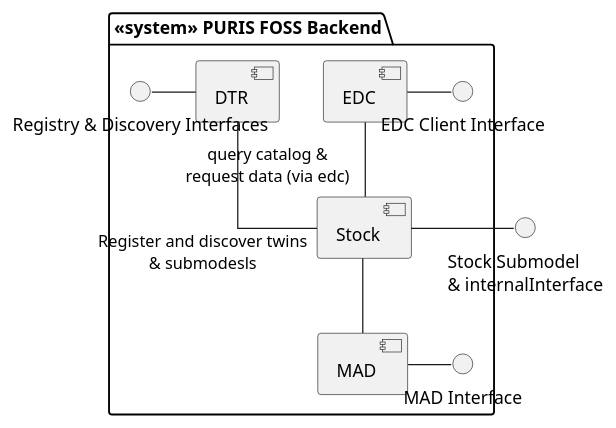
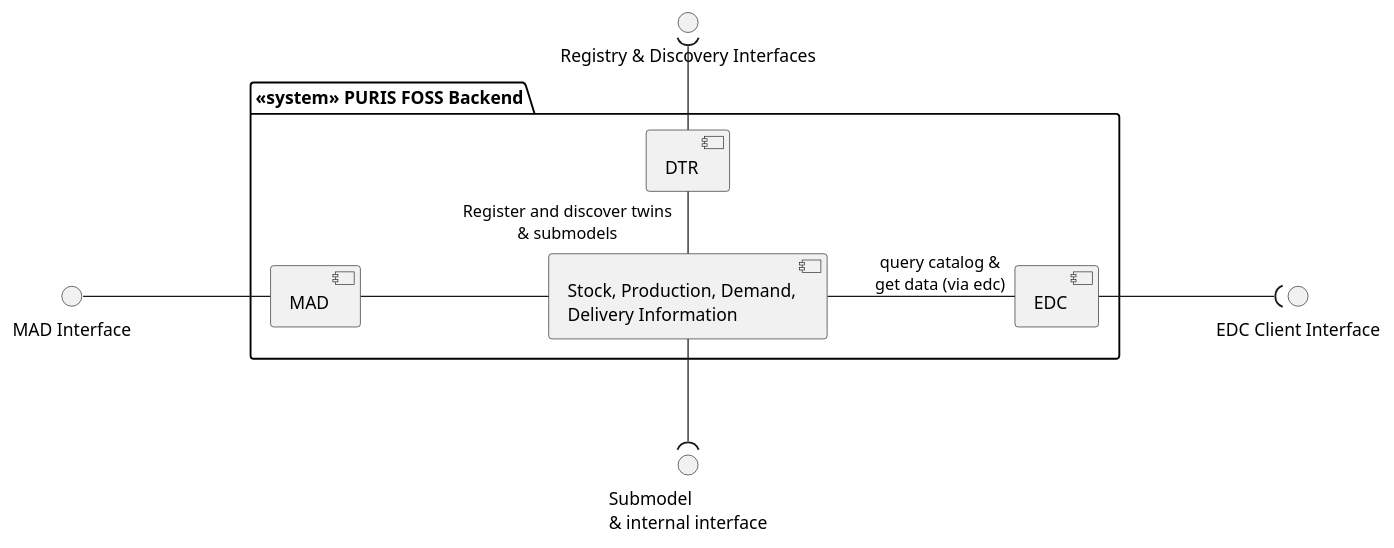
One commit to eclipse-tractusx/puris changed the diagram in docs/arc42/puml/05-level-1-backend.puml. Above: the diagram before and after it, drawn with PlantUML. The commit also changed 5 other files, not shown here.

```diff
--- a/docs/arc42/puml/05-level-1-backend.puml
+++ b/docs/arc42/puml/05-level-1-backend.puml
@@ -1,24 +1,25 @@
 @startuml
-skinparam linetype ortho
+skinparam linetype polyline
+skinparam nodesep 150
+skinparam ranksep 50
 
 package "<<system>> PURIS FOSS Backend"{
 
   [DTR] as dtr
   [EDC] as edc
-  [Stock] as stock
+  [Stock, Production, Demand,\nDelivery Information] as stock
   [MAD] as mad
+}
 
-  edc - "EDC Client Interface"
-  "Registry & Discovery Interfaces" - dtr
+"Registry & Discovery Interfaces" )-- dtr
+"MAD Interface" - mad
+edc -( "EDC Client Interface"
+stock --( "Submodel \n& internal interface"
 
-  dtr -- "Register and discover twins\n& submodesls" stock
-' TODO make look great
-  edc -- "query catalog &\nrequest data (via edc)" stock
+dtr -- "Register and discover twins\n& submodels" stock
+stock - "query catalog &\nget data (via edc)" edc
+mad - stock
 
-  mad - "MAD Interface"
 
-}
-stock - "Stock Submodel \n& internalInterface"
-stock -- mad
 
 @enduml
```
